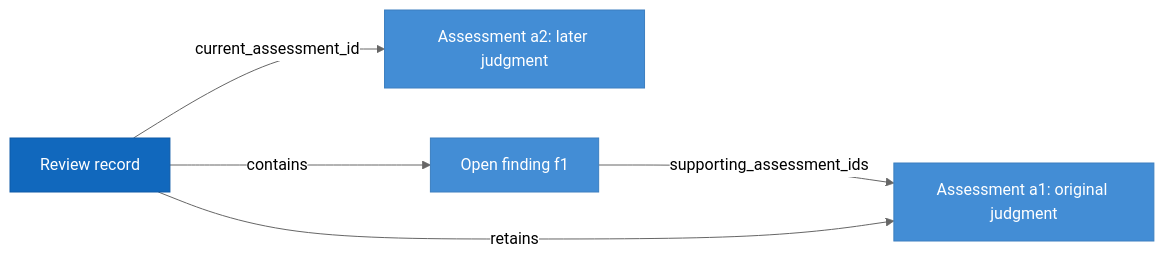
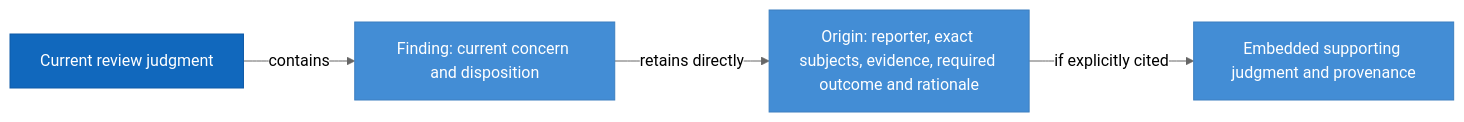
One commit to xiongxianfei/rigorloop changed the third of 3 diagrams in docs/design/workflow.md. Above: the diagram before and after it, drawn with Mermaid (neutral theme). The commit also changed other lines of this file and 1 other file, not shown here.

Commit message:
docs: focus recording interactions on useful context and concern origin

````diff
--- a/docs/design/workflow.md
+++ b/docs/design/workflow.md
@@ -193,9 +203,8 @@
 ```mermaid
 flowchart LR
-    Review["Review record"]:::system -->|"current_assessment_id"| New["Assessment a2: later judgment"]:::container
-    Finding["Open finding f1"]:::container -->|"supporting_assessment_ids"| Old["Assessment a1: original judgment"]:::container
-    Review -->|"retains"| Old
-    Review -->|"contains"| Finding
+    Review["Current review judgment"]:::system -->|"contains"| Finding["Finding: current concern and disposition"]:::container
+    Finding -->|"retains directly"| Origin["Origin: reporter, exact subjects, evidence, required outcome and rationale"]:::container
+    Origin -->|"if explicitly cited"| Judgment["Embedded supporting judgment and provenance"]:::container
     classDef system fill:#1168bd,stroke:#0e5aa7,color:#fff
     classDef container fill:#438dd5,stroke:#3c7fc0,color:#fff
 ```
````
